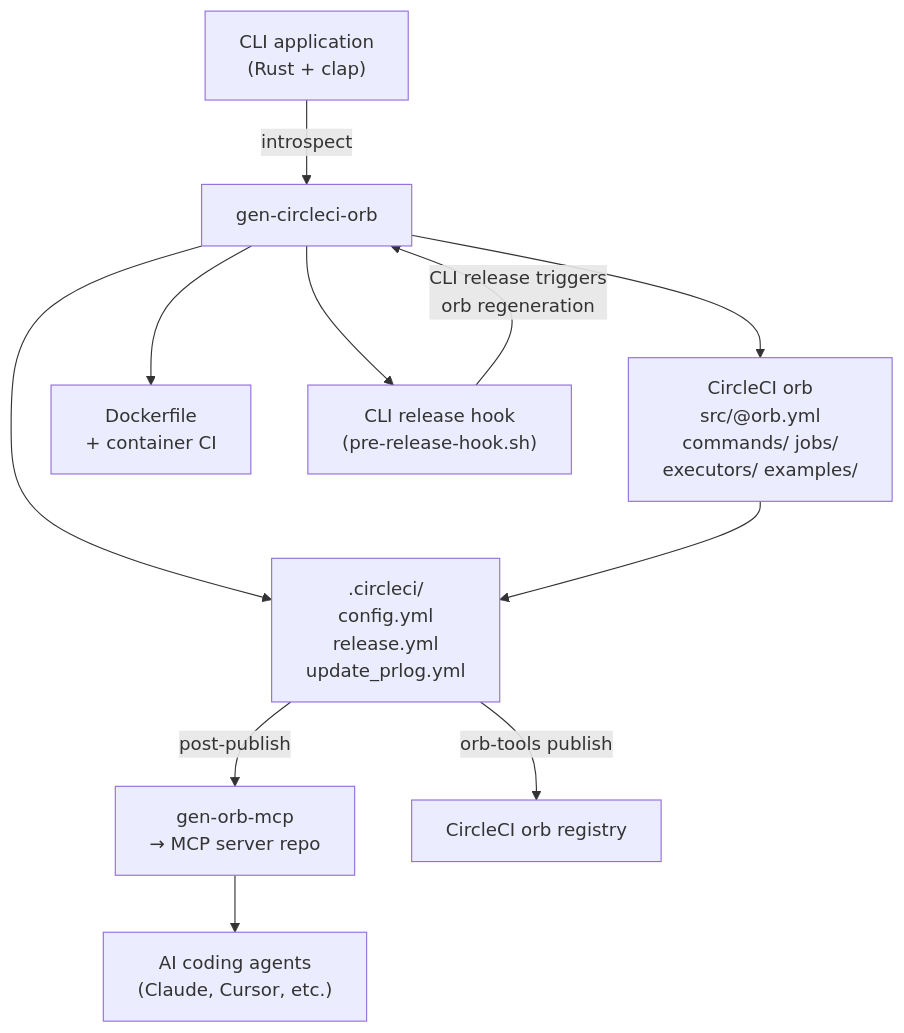
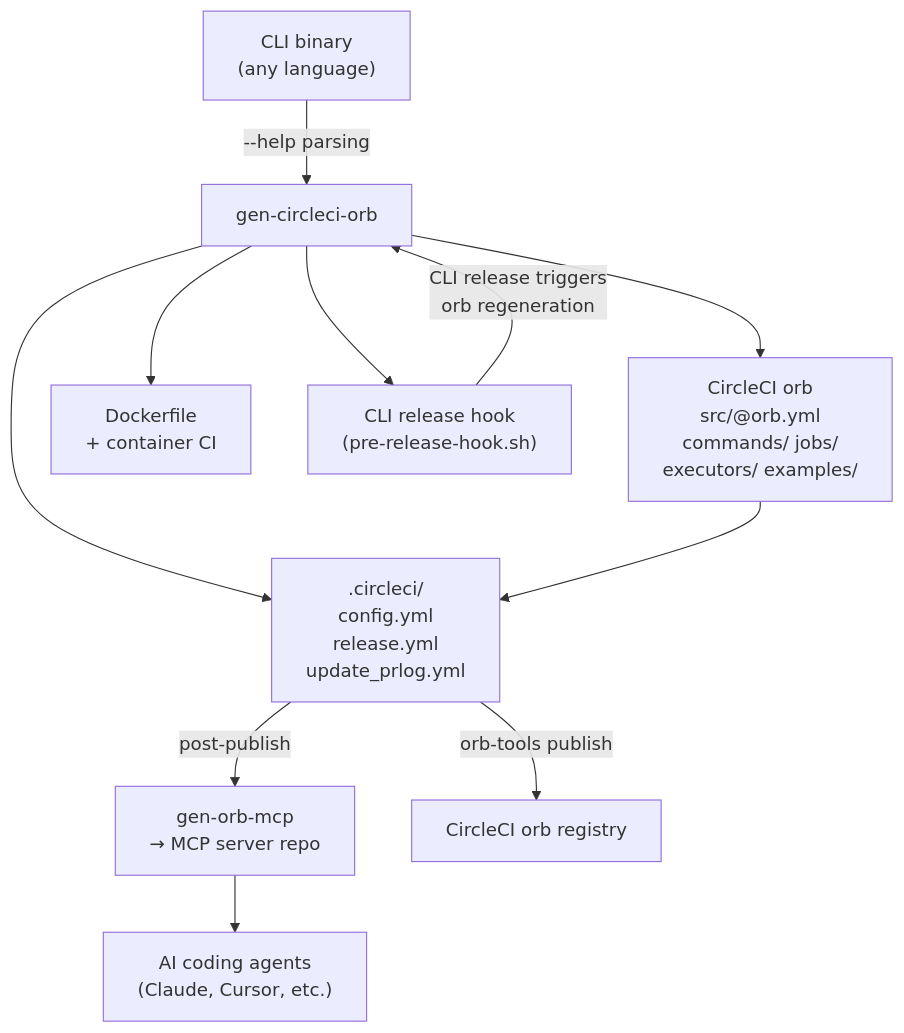
One commit to jerus-org/gen-circleci-orb changed the first of 2 diagrams in docs/design.md. Above: the diagram before and after it, drawn with Mermaid. The commit also changed other lines of this file, not shown here.

````diff
--- a/docs/design.md
+++ b/docs/design.md
@@ -47,25 +51,25 @@
 ```mermaid
 flowchart TD
-    CLI["CLI application\n(Rust + clap)"]
+    CLI["CLI binary\n(any language)"]
     GCO["gen-circleci-orb"]
     ORB["CircleCI orb\nsrc/@orb.yml\ncommands/ jobs/\nexecutors/ examples/"]
     DOCKER["Dockerfile\n+ container CI"]
     ORBCI[".circleci/\nconfig.yml\nrelease.yml\nupdate_prlog.yml"]
     HOOK["CLI release hook\n(pre-release-hook.sh)"]
     MCP["gen-orb-mcp\n→ MCP server repo"]
     REGISTRY["CircleCI orb registry"]
     AGENTS["AI coding agents\n(Claude, Cursor, etc.)"]
 
-    CLI -->|introspect| GCO
+    CLI -->|"--help parsing"| GCO
     GCO --> ORB
     GCO --> DOCKER
     GCO --> ORBCI
     GCO --> HOOK
 
     HOOK -->|"CLI release triggers\norb regeneration"| GCO
 
     ORB --> ORBCI
     ORBCI -->|"orb-tools publish"| REGISTRY
     ORBCI -->|"post-publish"| MCP
     MCP --> AGENTS
 ```
````
